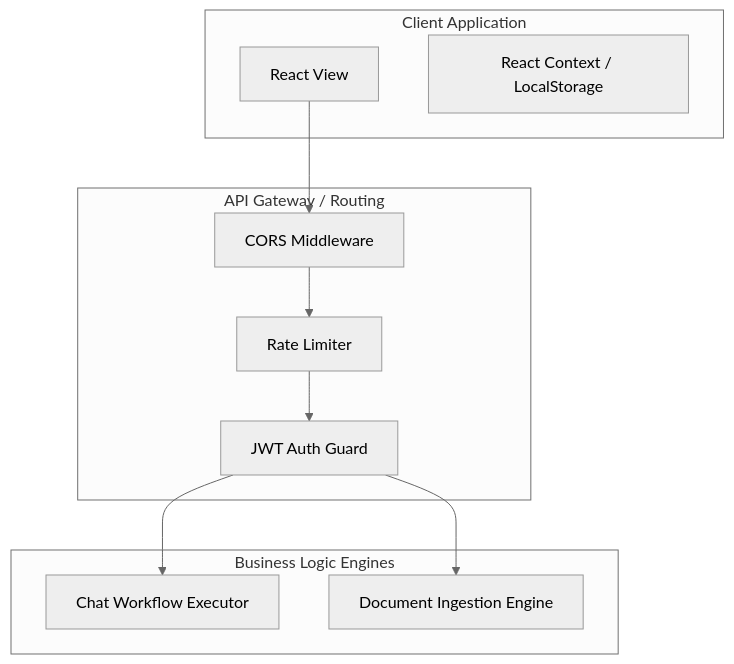
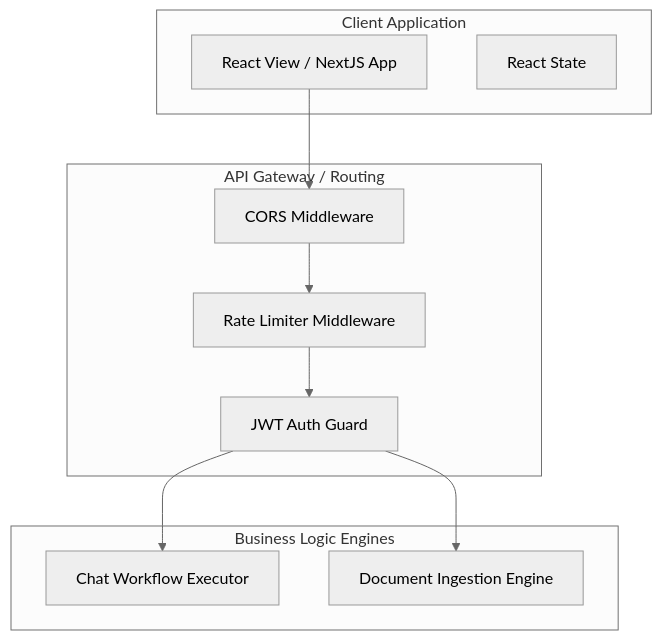
Before and after one commit to Sayan-Official-32/Agentic-Platform: the second of 7 diagrams in docs/system_reference_documentation.md, drawn with Mermaid (neutral theme). The commit also changed other lines of this file and 1 other file, not shown here.

````diff
--- a/docs/system_reference_documentation.md
+++ b/docs/system_reference_documentation.md
@@ -87,24 +89,24 @@
 ```mermaid
 graph TB
     subgraph Client Application
-        UI[React View]
-        State[React Context / LocalStorage]
+        UI[React View / NextJS App]
+        State[React State]
     end
 
     subgraph API Gateway / Routing
         CORS[CORS Middleware]
-        Limiter[Rate Limiter]
+        Limiter[Rate Limiter Middleware]
         AuthGuard[JWT Auth Guard]
     end
 
     subgraph Business Logic Engines
         ChatWF[Chat Workflow Executor]
         IngestEngine[Document Ingestion Engine]
     end
 
     UI --> CORS
     CORS --> Limiter
     Limiter --> AuthGuard
     AuthGuard --> ChatWF
     AuthGuard --> IngestEngine
 ```
````
